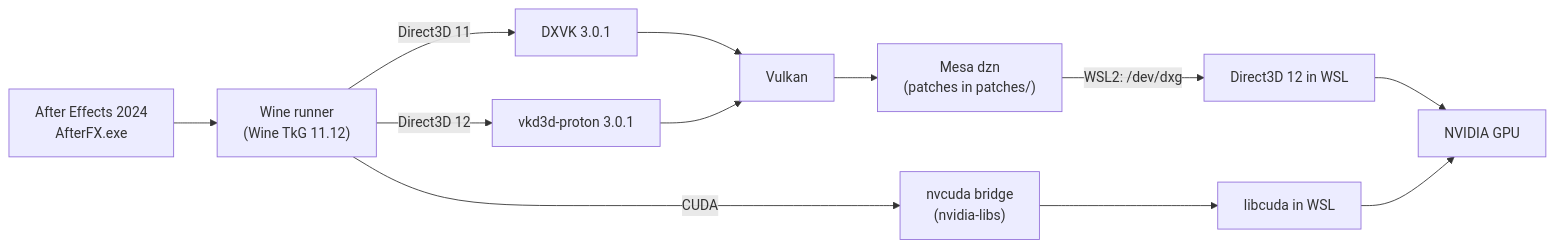
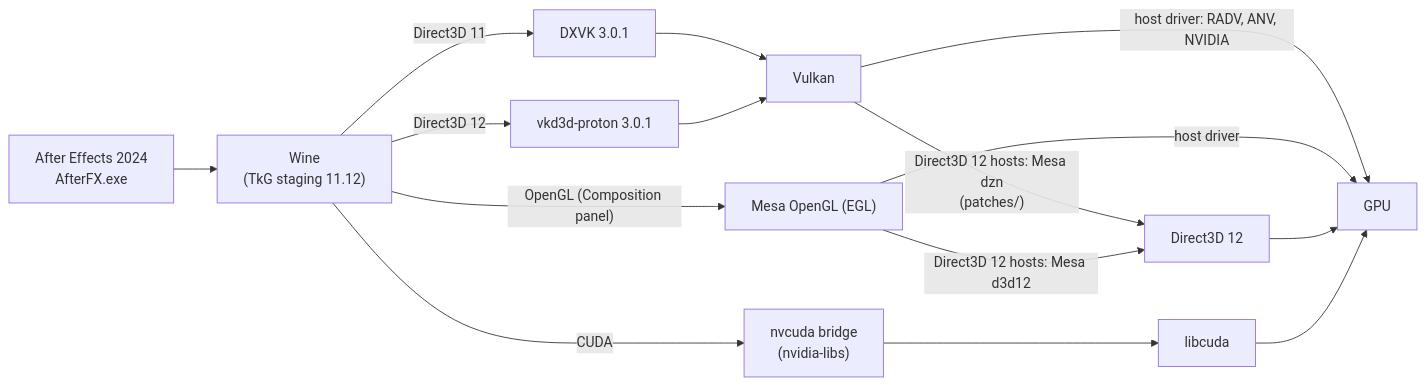
Before and after one commit to BuggingDev/NuxFX: the diagram in README.md, drawn with Mermaid. The commit also changed other lines of this file and 3 other files, not shown here.

````diff
--- a/README.md
+++ b/README.md
@@ -75,14 +134,16 @@
 ```mermaid
 flowchart LR
-    AE["After Effects 2024<br/>AfterFX.exe"] --> WINE["Wine runner<br/>(Wine TkG 11.12)"]
+    AE["After Effects 2024<br/>AfterFX.exe"] --> WINE["Wine<br/>(TkG staging 11.12)"]
     WINE -- "Direct3D 11" --> DXVK["DXVK 3.0.1"]
     WINE -- "Direct3D 12" --> VKD3D["vkd3d-proton 3.0.1"]
+    WINE -- "OpenGL (Composition panel)" --> GL["Mesa OpenGL (EGL)"]
     WINE -- "CUDA" --> NVCUDA["nvcuda bridge<br/>(nvidia-libs)"]
     DXVK --> VK["Vulkan"]
     VKD3D --> VK
-    VK --> DZN["Mesa dzn<br/>(patches in patches/)"]
-    DZN -- "WSL2: /dev/dxg" --> D3D12["Direct3D 12 in WSL"]
-    D3D12 --> GPU["NVIDIA GPU"]
-    NVCUDA --> LIBCUDA["libcuda in WSL"]
-    LIBCUDA --> GPU
+    VK -- "host driver: RADV, ANV, NVIDIA" --> GPU["GPU"]
+    VK -- "Direct3D 12 hosts: Mesa dzn<br/>(patches/)" --> D3D12["Direct3D 12"]
+    GL -- "host driver" --> GPU
+    GL -- "Direct3D 12 hosts: Mesa d3d12" --> D3D12
+    D3D12 --> GPU
+    NVCUDA --> LIBCUDA["libcuda"] --> GPU
 ```
````
